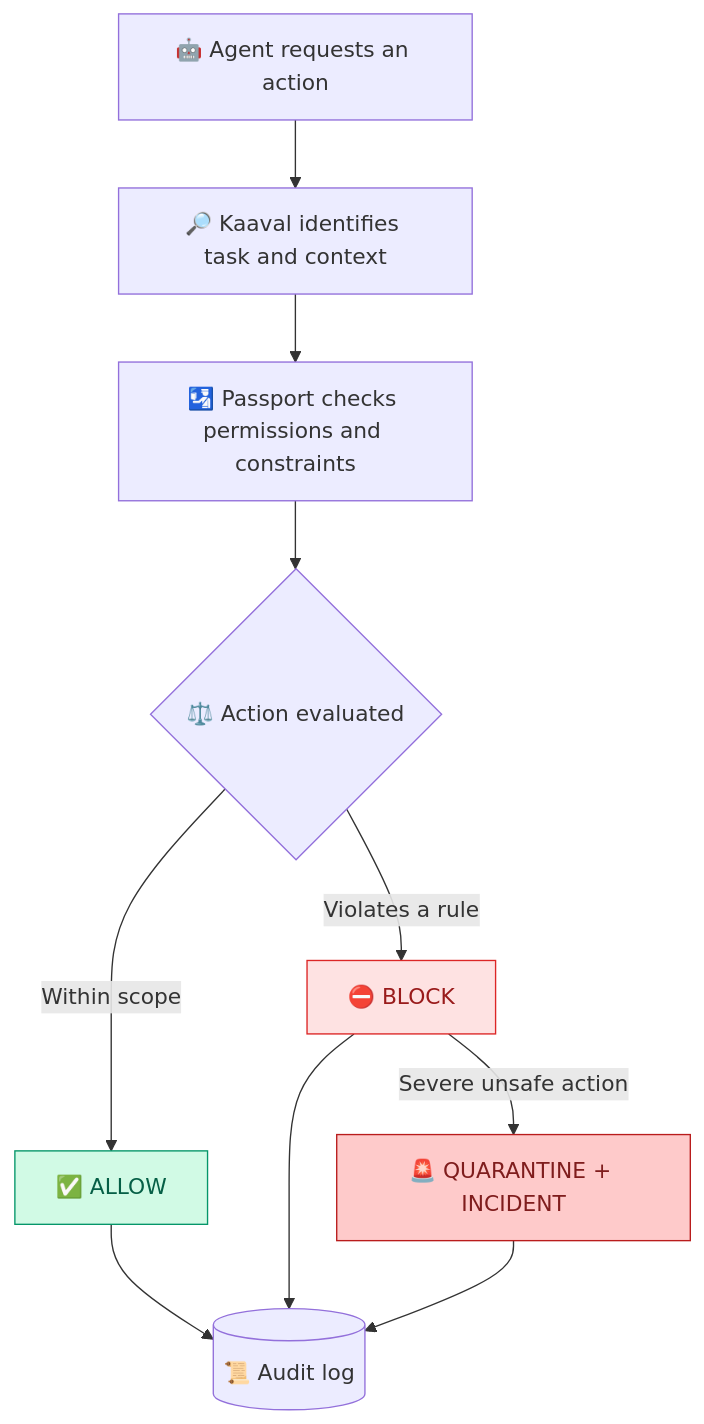
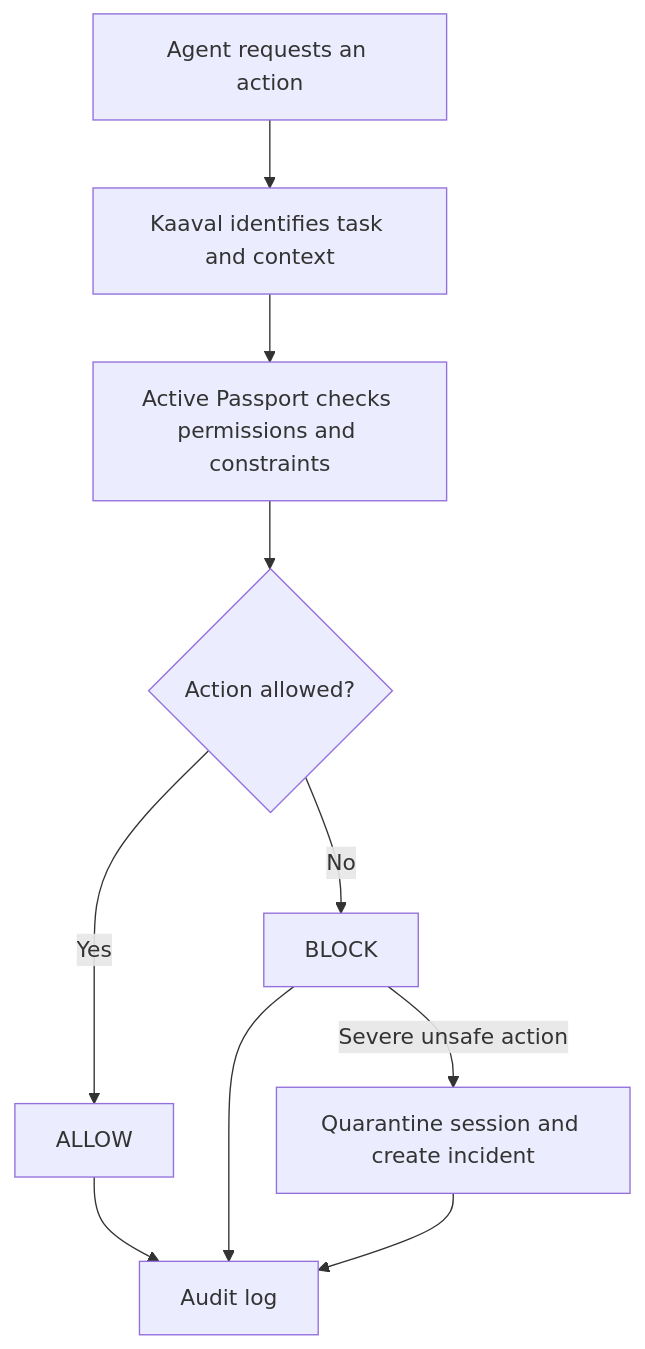
The first of 4 diagrams in README.md (rakshaa2006/kaaval), drawn with Mermaid before and after one commit.

Commit message:
docs: simplify README Mermaid flowchart
Use plain Mermaid node labels and edge syntax to improve rendering compatibility while preserving the MVP allow, block, audit, and quarantine paths.

````diff
--- a/README.md
+++ b/README.md
@@ -55,16 +55,12 @@
 ```mermaid
 flowchart TD
-    A["🤖 Agent requests an action"] --> B["🔎 Kaaval identifies task and context"]
-    B --> C["🛂 Passport checks permissions and constraints"]
-    C --> D{"⚖️ Action evaluated"}
-    D -->|Within scope| E["✅ ALLOW"]
-    D -->|Violates a rule| F["⛔ BLOCK"]
-    E --> I[("📜 Audit log")]
-    F --> I
-    F -->|Severe unsafe action| H["🚨 QUARANTINE + INCIDENT"]
-    H --> I
-
-    style E fill:#d1fae5,stroke:#059669,color:#065f46
-    style F fill:#fee2e2,stroke:#dc2626,color:#991b1b
-    style H fill:#fecaca,stroke:#b91c1c,color:#7f1d1d
+    Agent["Agent requests an action"] --> Context["Kaaval identifies task and context"]
+    Context --> Passport["Active Passport checks permissions and constraints"]
+    Passport --> Decision{"Action allowed?"}
+    Decision -->|Yes| Allow["ALLOW"]
+    Decision -->|No| Block["BLOCK"]
+    Allow --> Audit["Audit log"]
+    Block --> Audit
+    Block -->|Severe unsafe action| Quarantine["Quarantine session and create incident"]
+    Quarantine --> Audit
 ```
````
